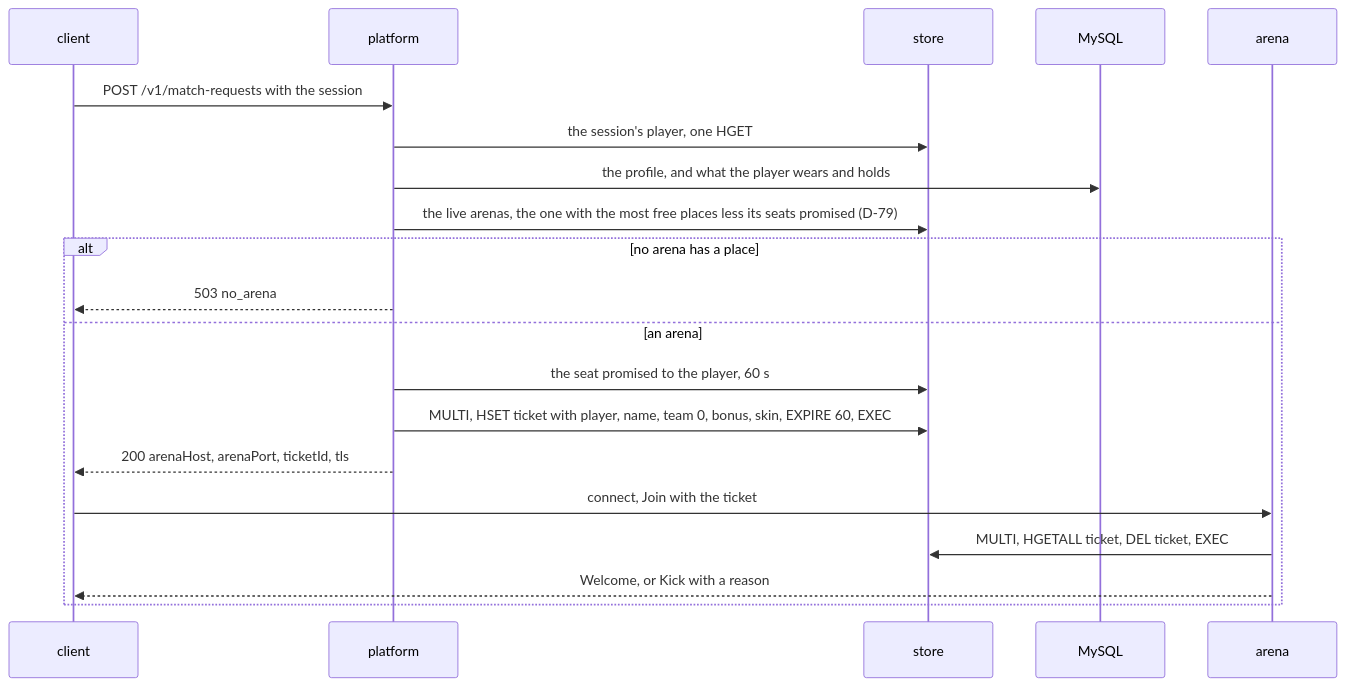
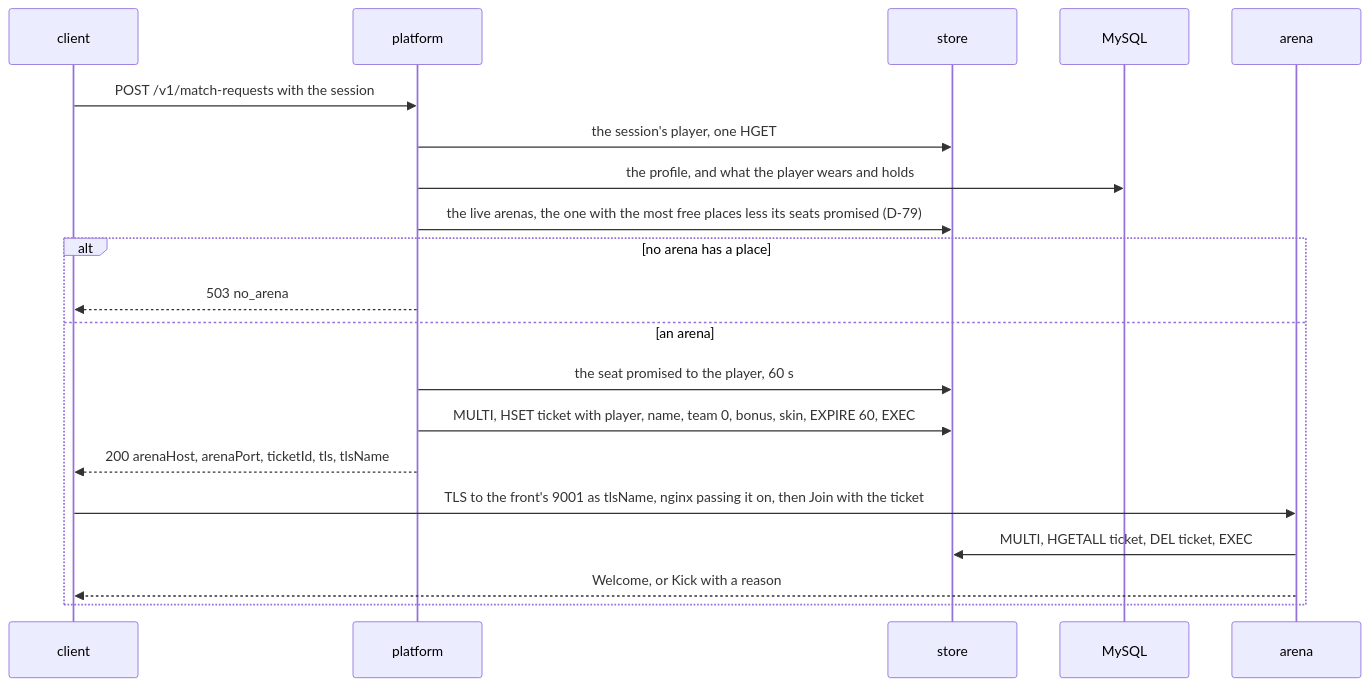
One commit to greensoft-atom/depio-simulation-platform changed the third of 15 diagrams in docs/diagrams/04-platform.md. Above: the diagram before and after it, drawn with Mermaid. The commit also changed 64 other files, not shown here.

````diff
--- a/docs/diagrams/04-platform.md
+++ b/docs/diagrams/04-platform.md
@@ -104,22 +104,22 @@
 ```mermaid
 sequenceDiagram
     participant C as client
     participant P as platform
     participant S as store
     participant D as MySQL
     participant A as arena
     C->>P: POST /v1/match-requests with the session
     P->>S: the session's player, one HGET
     P->>D: the profile, and what the player wears and holds
     P->>S: the live arenas, the one with the most free places less its seats promised (D-79)
     alt no arena has a place
         P-->>C: 503 no_arena
     else an arena
         P->>S: the seat promised to the player, 60 s
         P->>S: MULTI, HSET ticket with player, name, team 0, bonus, skin, EXPIRE 60, EXEC
-        P-->>C: 200 arenaHost, arenaPort, ticketId, tls
-        C->>A: connect, Join with the ticket
+        P-->>C: 200 arenaHost, arenaPort, ticketId, tls, tlsName
+        C->>A: TLS to the front's 9001 as tlsName, nginx passing it on, then Join with the ticket
         A->>S: MULTI, HGETALL ticket, DEL ticket, EXEC
         A-->>C: Welcome, or Kick with a reason
     end
 ```
````
